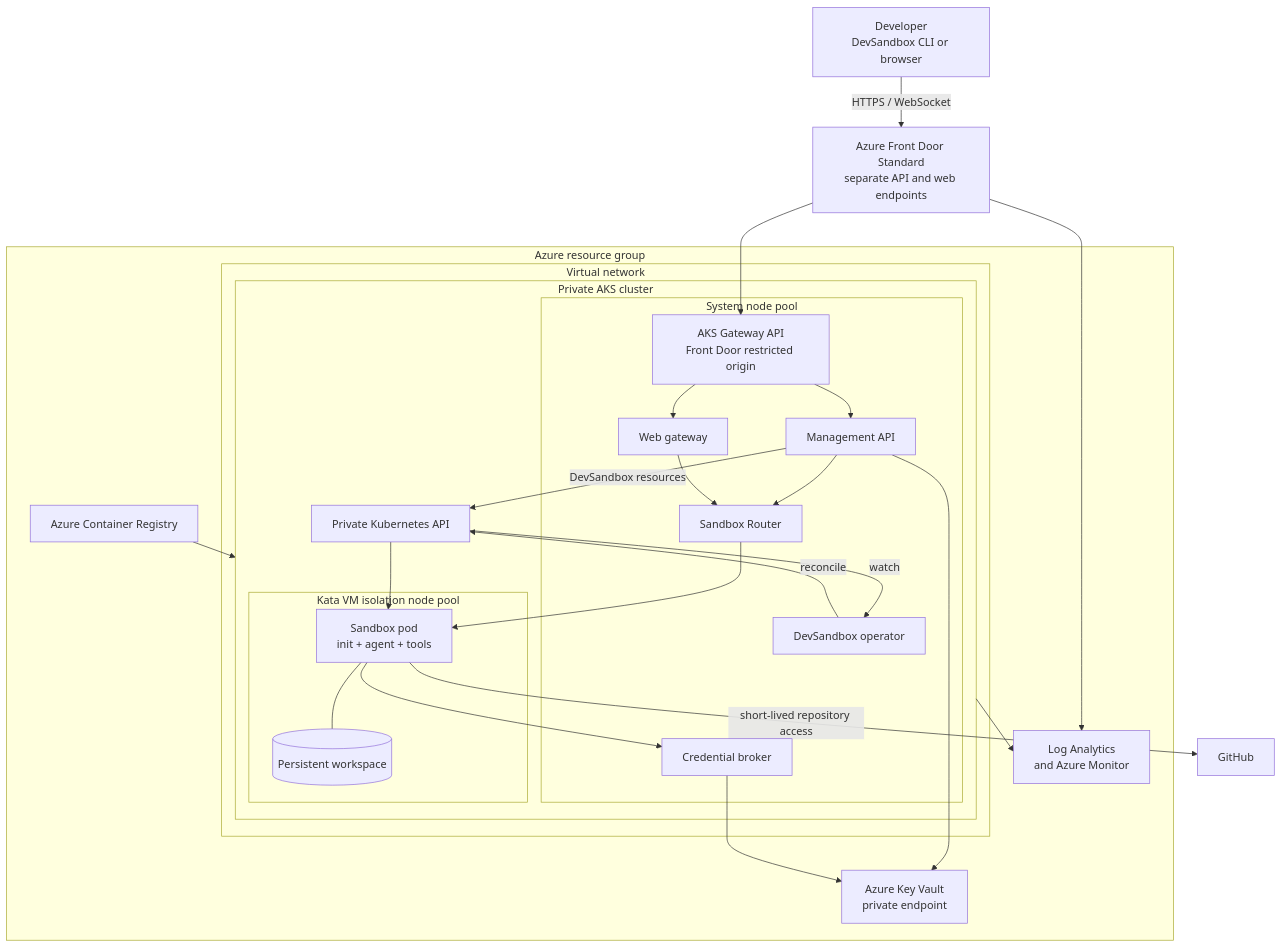
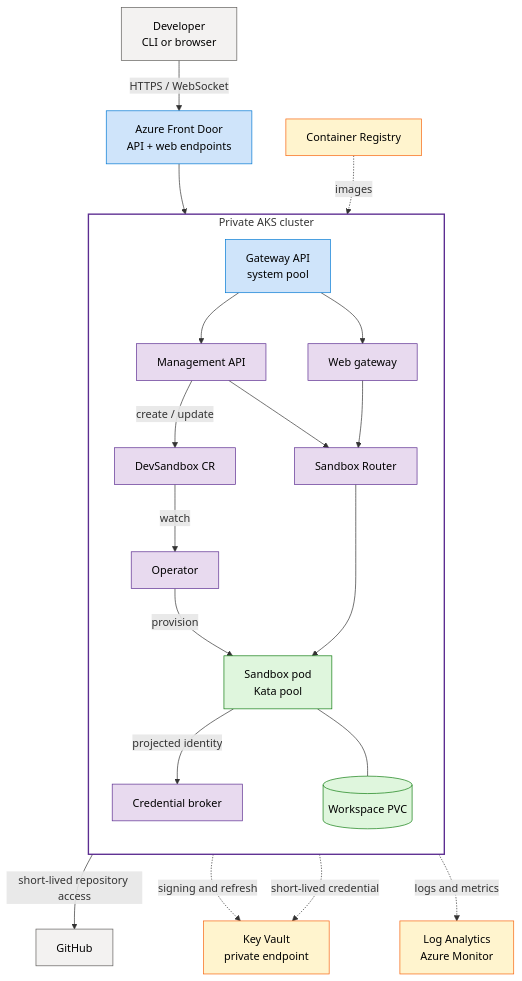
Before and after one commit to rmoreirao/AKSAgentSandbox: the first of 3 diagrams in docs/architecture.md, drawn with Mermaid. The commit also changed 1 other file, not shown here.

Commit message:
docs: simplify CLI guide and architecture diagram

````diff
--- a/docs/architecture.md
+++ b/docs/architecture.md
@@ -11,52 +11,55 @@
 ```mermaid
 flowchart TB
-    Developer["Developer<br/>DevSandbox CLI or browser"]
+    Developer["Developer<br/>CLI or browser"]
     GitHub["GitHub"]
-    AFD["Azure Front Door Standard<br/>separate API and web endpoints"]
+    AFD["Azure Front Door<br/>API + web endpoints"]
+    ACR["Container Registry"]
+    KV["Key Vault<br/>private endpoint"]
+    Monitor["Log Analytics<br/>Azure Monitor"]
 
-    subgraph Azure["Azure resource group"]
-        LAW["Log Analytics<br/>and Azure Monitor"]
-        ACR["Azure Container Registry"]
-        KV["Azure Key Vault<br/>private endpoint"]
+    subgraph AKS["Private AKS cluster"]
+        direction TB
+        Gateway["Gateway API<br/>system pool"]
+        API["Management API"]
+        Web["Web gateway"]
+        Resource["DevSandbox CR"]
+        Operator["Operator"]
+        Router["Sandbox Router"]
+        Broker["Credential broker"]
+        Sandbox["Sandbox pod<br/>Kata pool"]
+        Workspace[("Workspace PVC")]
 
-        subgraph VNet["Virtual network"]
-            subgraph AKS["Private AKS cluster"]
-                KubeAPI["Private Kubernetes API"]
-
-                subgraph SystemPool["System node pool"]
-                    Gateway["AKS Gateway API<br/>Front Door restricted origin"]
-                    API["Management API"]
-                    Web["Web gateway"]
-                    Operator["DevSandbox operator"]
-                    Broker["Credential broker"]
-                    Router["Sandbox Router"]
-                end
-
-                subgraph KataPool["Kata VM isolation node pool"]
-                    Sandbox["Sandbox pod<br/>init + agent + tools"]
-                    Workspace[("Persistent workspace")]
-                    Sandbox --- Workspace
-                end
-            end
-        end
+        Gateway --> API
+        Gateway --> Web
+        API -->|"create / update"| Resource
+        Resource -->|"watch"| Operator
+        API --> Router
+        Web --> Router
+        Router --> Sandbox
+        Operator -->|"provision"| Sandbox
+        Sandbox -->|"projected identity"| Broker
+        Sandbox --- Workspace
     end
 
     Developer -->|"HTTPS / WebSocket"| AFD
     AFD --> Gateway
-    Gateway --> API
-    Gateway --> Web
-    API -->|"DevSandbox resources"| KubeAPI
-    KubeAPI -->|"watch"| Operator
-    Operator -->|"reconcile"| KubeAPI
-    API --> Router
-    Web --> Router
-    KubeAPI --> Sandbox
-    Router --> Sandbox
     Sandbox -->|"short-lived repository access"| GitHub
-    API --> KV
-    Broker --> KV
-    Sandbox --> Broker
-    ACR --> AKS
-    AKS --> LAW
-    AFD --> LAW
+    ACR -. images .-> Sandbox
+    API -. signing and refresh .-> KV
+    Broker -. short-lived credential .-> KV
+    API -. logs and metrics .-> Monitor
+
+    classDef external fill:#F3F2F1,stroke:#605E5C,color:#000000
+    classDef edge fill:#CFE4FA,stroke:#0078D4,color:#000000
+    classDef system fill:#E8DAEF,stroke:#5C2D91,color:#000000
+    classDef sandbox fill:#DFF6DD,stroke:#107C10,color:#000000
+    classDef service fill:#FFF4CE,stroke:#F7630C,color:#000000
+
+    class Developer,GitHub external
+    class AFD,Gateway edge
+    class API,Web,Resource,Operator,Router,Broker system
+    class Sandbox,Workspace sandbox
+    class ACR,KV,Monitor service
+
+    style AKS fill:transparent,stroke:#5C2D91,stroke-width:2px
 ```
````
